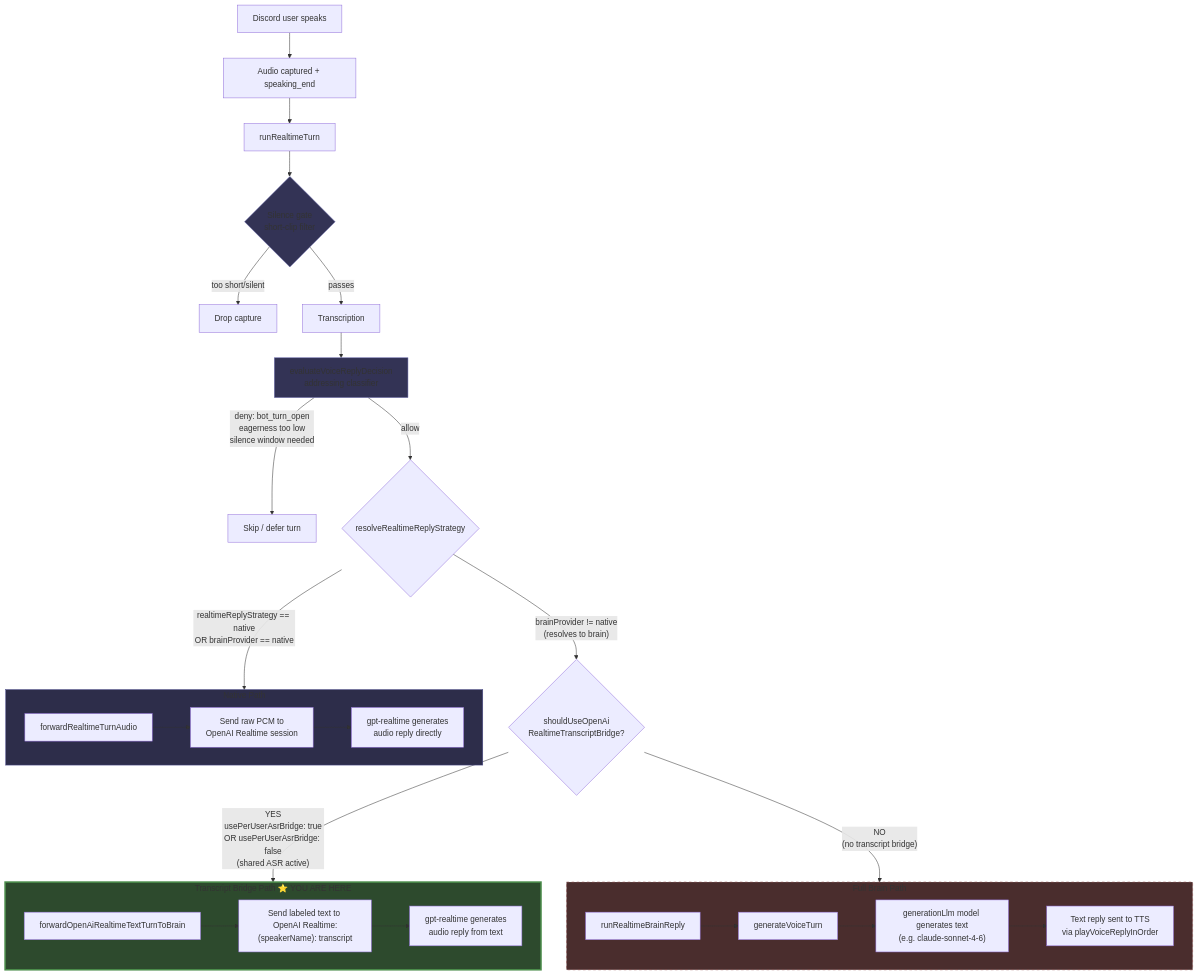
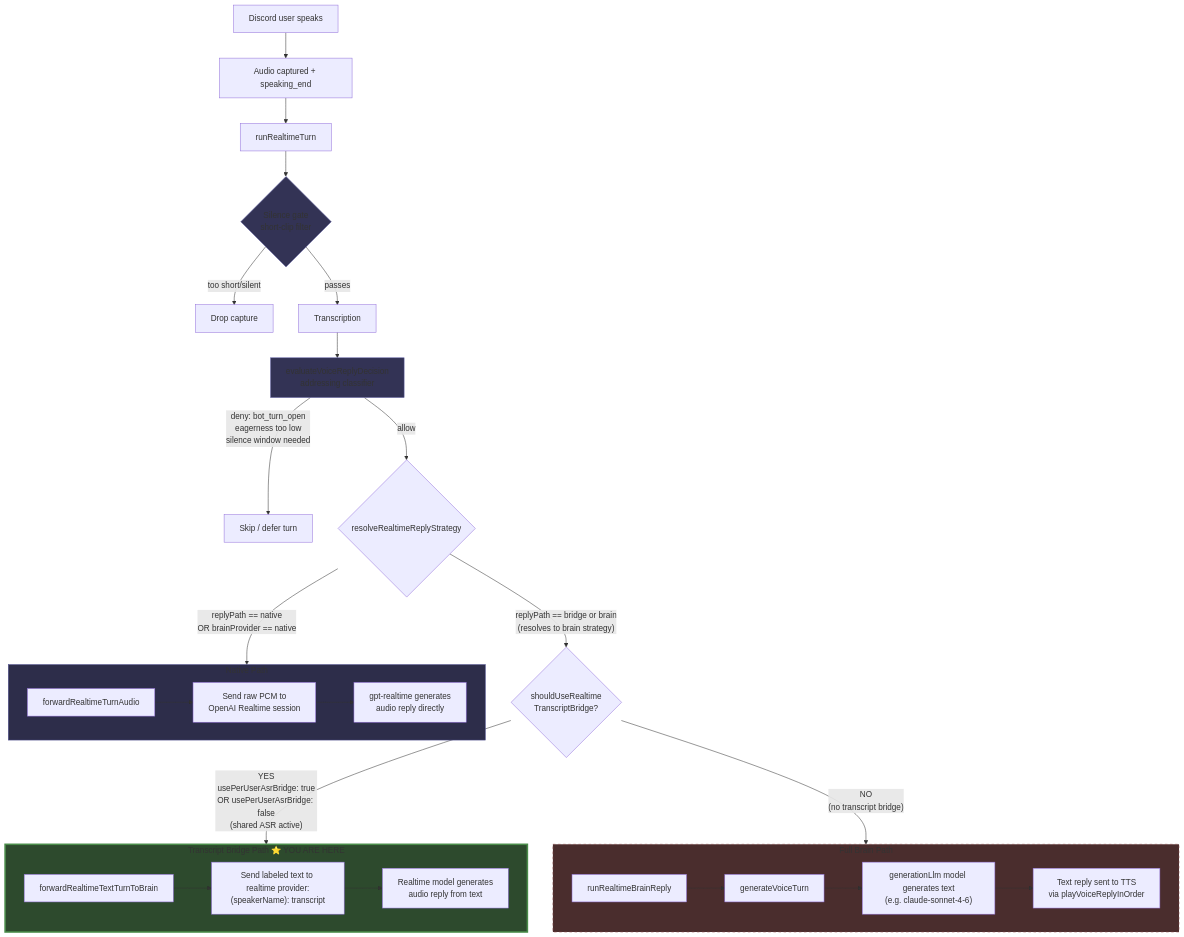
The diagram in docs/diagrams/voice-reply-routing.mmd (Volpestyle/clanky), drawn with Mermaid before and after one commit. The commit also changed 2 other files, not shown here.

Commit message:
docs: update voice docs for provider-agnostic refactor
- voice-provider-abstraction.md: update all renamed methods
  (forwardRealtimeTextTurnToBrain, refreshRealtimeInstructions, etc.),
  document replyPath setting and providerSupports() capability system
- voice-reply-routing.mmd: fix stale function names and update
  decision labels from realtimeReplyStrategy to replyPath
- voice-subprocess-architecture.md: mark as legacy Node reference
  with pointer to rust-submodule-dev.md, comment out missing diagrams

```diff
--- a/docs/diagrams/voice-reply-routing.mmd
+++ b/docs/diagrams/voice-reply-routing.mmd
@@ -1,50 +1,50 @@
 flowchart TD
     A[Discord user speaks] --> B[Audio captured + speaking_end]
     B --> C[runRealtimeTurn]
 
     C --> D{Silence gate\nshort-clip filter}
     D -- too short/silent --> DROP[Drop capture]
     D -- passes --> E[Transcription]
 
     E --> F[evaluateVoiceReplyDecision\naddressing classifier]
     F -- "deny: bot_turn_open\neagerness too low\nsilence window needed" --> SKIP[Skip / defer turn]
     F -- allow --> G{resolveRealtimeReplyStrategy}
 
-    G -- "realtimeReplyStrategy == native\nOR brainProvider == native" --> NATIVE
-    G -- "brainProvider != native\n(resolves to brain)" --> BRAIN_CHECK
+    G -- "replyPath == native\nOR brainProvider == native" --> NATIVE
+    G -- "replyPath == bridge or brain\n(resolves to brain strategy)" --> BRAIN_CHECK
 
     subgraph NATIVE[Native Path]
         N1[forwardRealtimeTurnAudio]
         N2[Send raw PCM to\nOpenAI Realtime session]
         N3["gpt-realtime generates\naudio reply directly"]
         N1 --> N2 --> N3
     end
 
-    BRAIN_CHECK{shouldUseOpenAi\nRealtimeTranscriptBridge?}
+    BRAIN_CHECK{shouldUseRealtime\nTranscriptBridge?}
 
     BRAIN_CHECK -- "YES\nusePerUserAsrBridge: true\nOR usePerUserAsrBridge: false\n(shared ASR active)" --> BRIDGE
     BRAIN_CHECK -- "NO\n(no transcript bridge)" --> FULL_BRAIN
 
     subgraph BRIDGE["Transcript Bridge Path ⭐ YOU ARE HERE"]
-        B1[forwardOpenAiRealtimeTextTurnToBrain]
-        B2["Send labeled text to OpenAI Realtime:\n(speakerName): transcript"]
-        B3["gpt-realtime generates\naudio reply from text"]
+        B1[forwardRealtimeTextTurnToBrain]
+        B2["Send labeled text to realtime provider:\n(speakerName): transcript"]
+        B3["Realtime model generates\naudio reply from text"]
         B1 --> B2 --> B3
     end
 
     subgraph FULL_BRAIN[Full Brain Path]
         FB1[runRealtimeBrainReply]
         FB2[generateVoiceTurn]
         FB3["generationLlm model generates text\n(e.g. claude-sonnet-4-6)"]
         FB4[Text reply sent to TTS\nvia playVoiceReplyInOrder]
         FB1 --> FB2 --> FB3 --> FB4
     end
 
     style BRIDGE fill:#2d4a2d,stroke:#4a8c4a,stroke-width:3px
     style FULL_BRAIN fill:#4a2d2d,stroke:#8c4a4a,stroke-width:1px,stroke-dasharray: 5 5
     style NATIVE fill:#2d2d4a,stroke:#4a4a8c,stroke-width:1px
 
     classDef setting fill:#553300,stroke:#aa6600
     classDef gate fill:#333355,stroke:#6666aa
 
     class D,F gate
```
